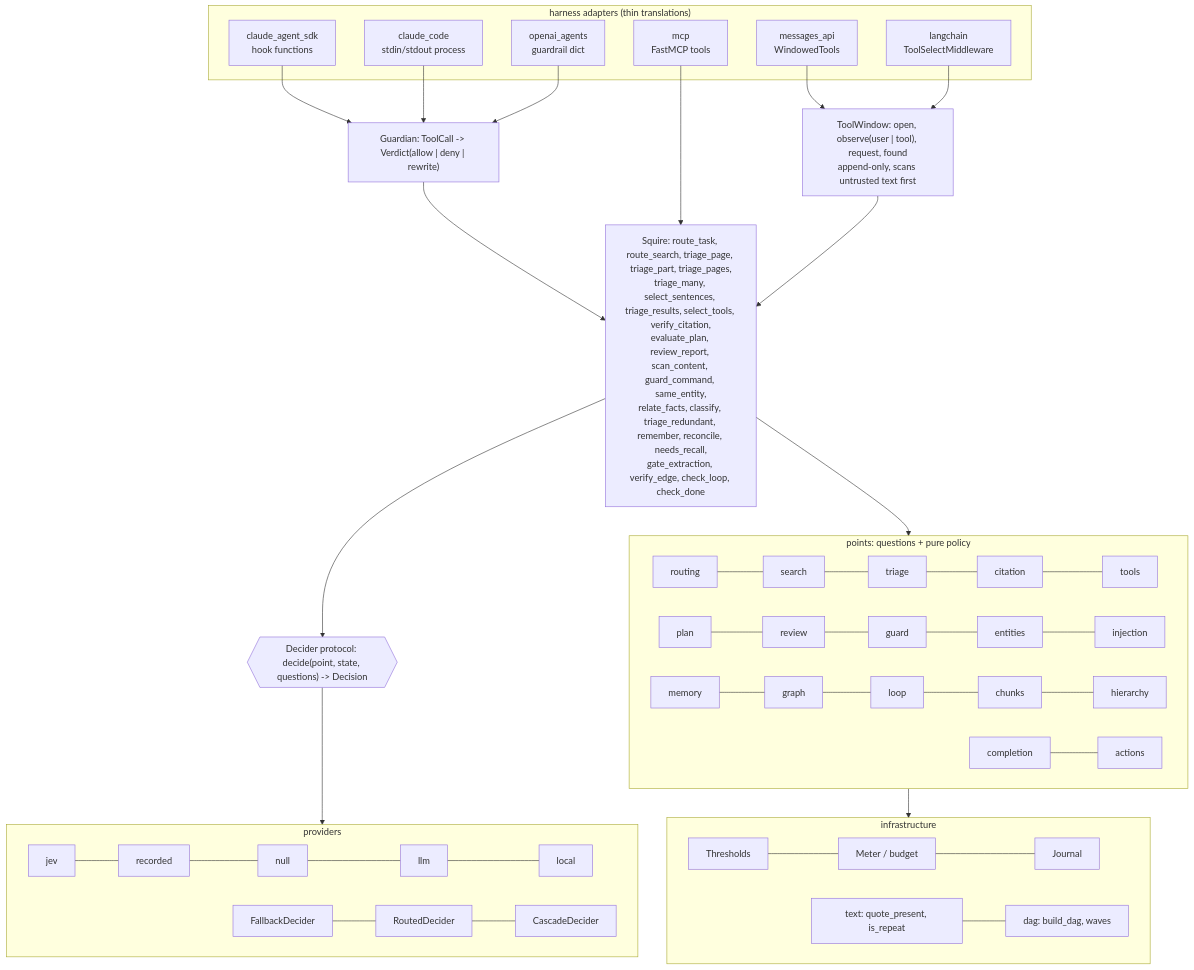
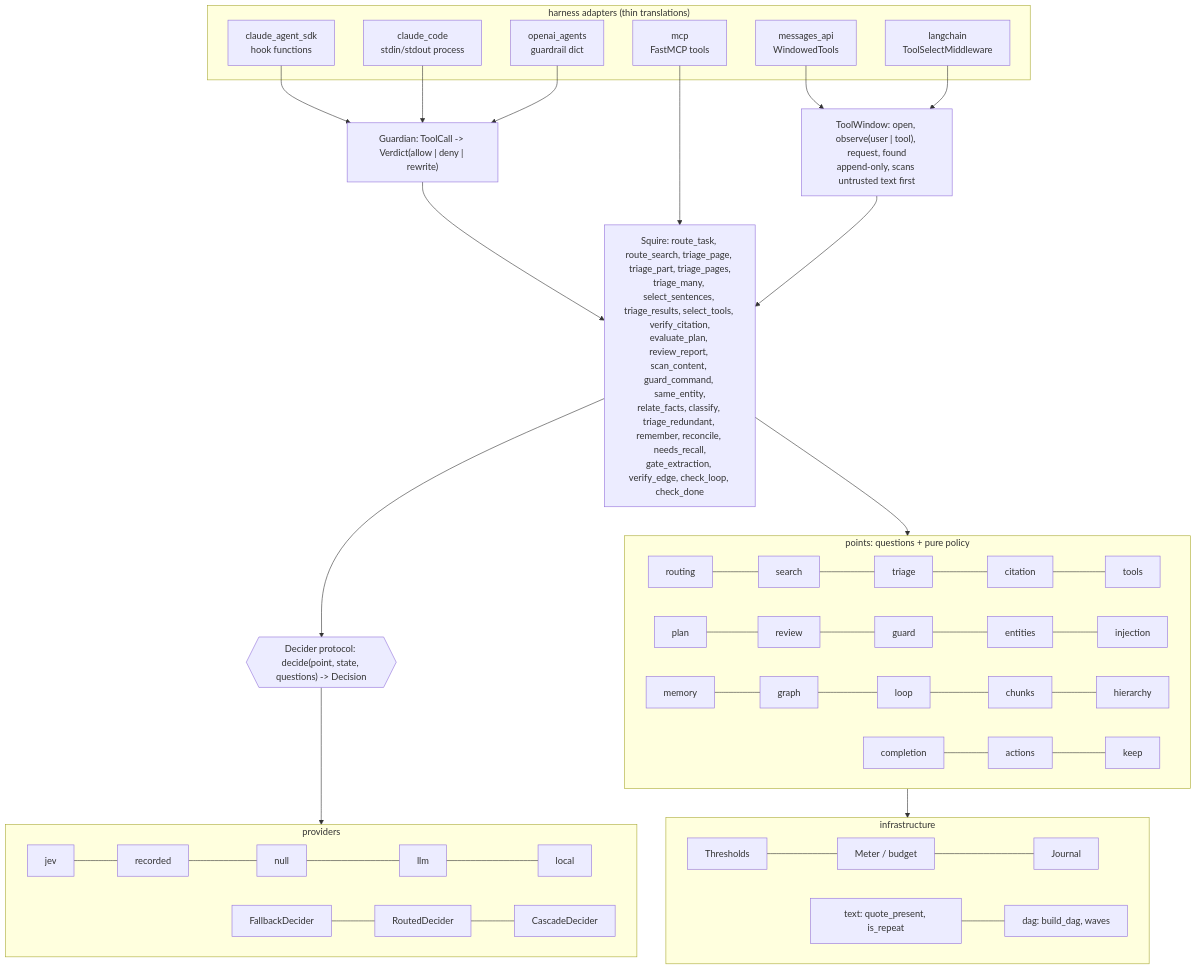
The second of 2 diagrams in docs/architecture.md (romanpert/sanchopanza), drawn with Mermaid before and after one commit. The commit also changed other lines of this file and 30 other files, not shown here.

````diff
--- a/docs/architecture.md
+++ b/docs/architecture.md
@@ -46,34 +46,34 @@
 ```mermaid
 flowchart TB
     subgraph adapters["harness adapters (thin translations)"]
         A1[claude_agent_sdk<br/>hook functions]
         A2[claude_code<br/>stdin/stdout process]
         A3[mcp<br/>FastMCP tools]
         A4[openai_agents<br/>guardrail dict]
         A5[messages_api<br/>WindowedTools]
         A6[langchain<br/>ToolSelectMiddleware]
     end
     G["Guardian: ToolCall -> Verdict(allow | deny | rewrite)"]
     W["ToolWindow: open, observe(user | tool), request, found<br/>append-only, scans untrusted text first"]
     S["Squire: route_task, route_search, triage_page, triage_part, triage_pages,<br/>triage_many, select_sentences, triage_results, select_tools, verify_citation,<br/>evaluate_plan, review_report, scan_content, guard_command, same_entity,<br/>relate_facts, classify, triage_redundant, remember, reconcile, needs_recall,<br/>gate_extraction, verify_edge, check_loop, check_done"]
     subgraph points["points: questions + pure policy"]
         P1[routing] --- P2[search] --- P3[triage] --- P4[citation] --- P9[tools]
         P5[plan] --- P6[review] --- P7[guard] --- P8[entities] --- P10[injection]
         P11[memory] --- P12[graph] --- P13[loop] --- P14[chunks] --- P15[hierarchy]
-        P16[completion] --- P17[actions]
+        P16[completion] --- P17[actions] --- P18[keep]
     end
     subgraph infra["infrastructure"]
         T[Thresholds] --- B[Meter / budget] --- J[Journal]
         X[text: quote_present, is_repeat] --- DG[dag: build_dag, waves]
     end
     C{{"Decider protocol: decide(point, state, questions) -> Decision"}}
     subgraph providers
         V1[jev] --- V2[recorded] --- V3[null] --- V4[llm] --- V5[local]
         V6[FallbackDecider] --- V7[RoutedDecider] --- V9[CascadeDecider]
     end
     A1 & A2 & A4 --> G --> S
     A3 --> S
     A5 & A6 --> W --> S
     S --> points --> infra
     S --> C --> providers
 ```
````
